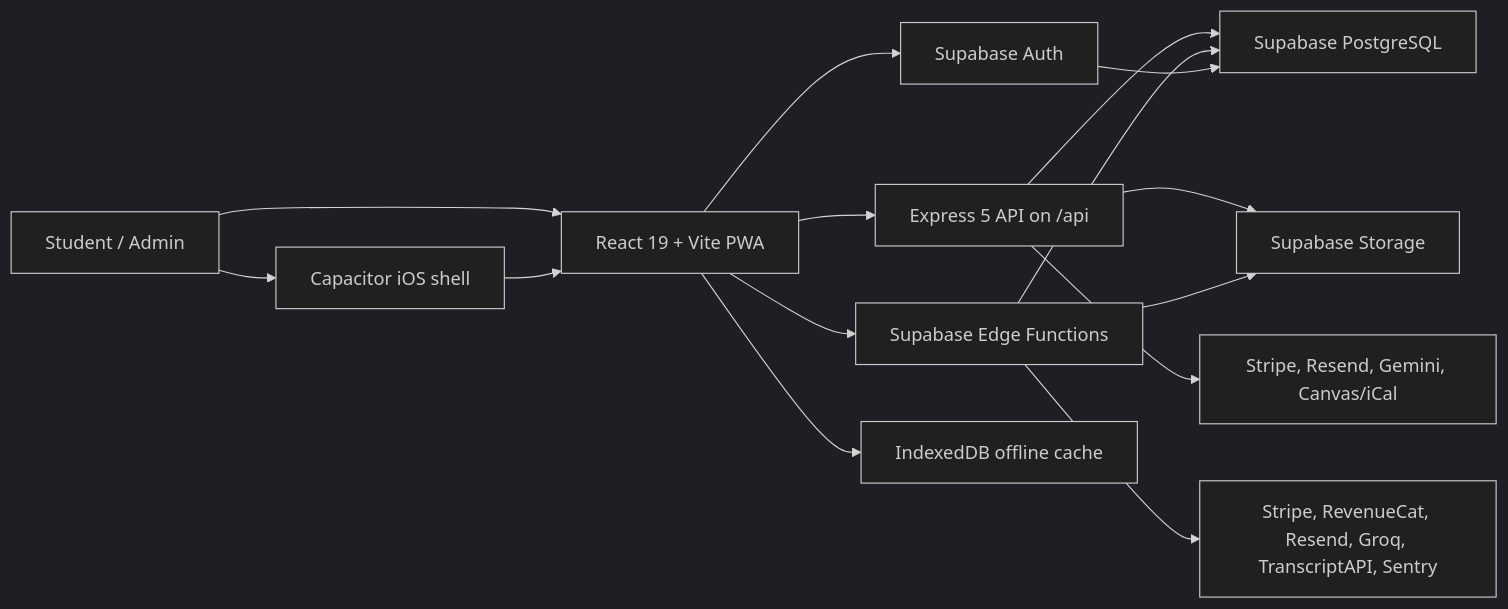
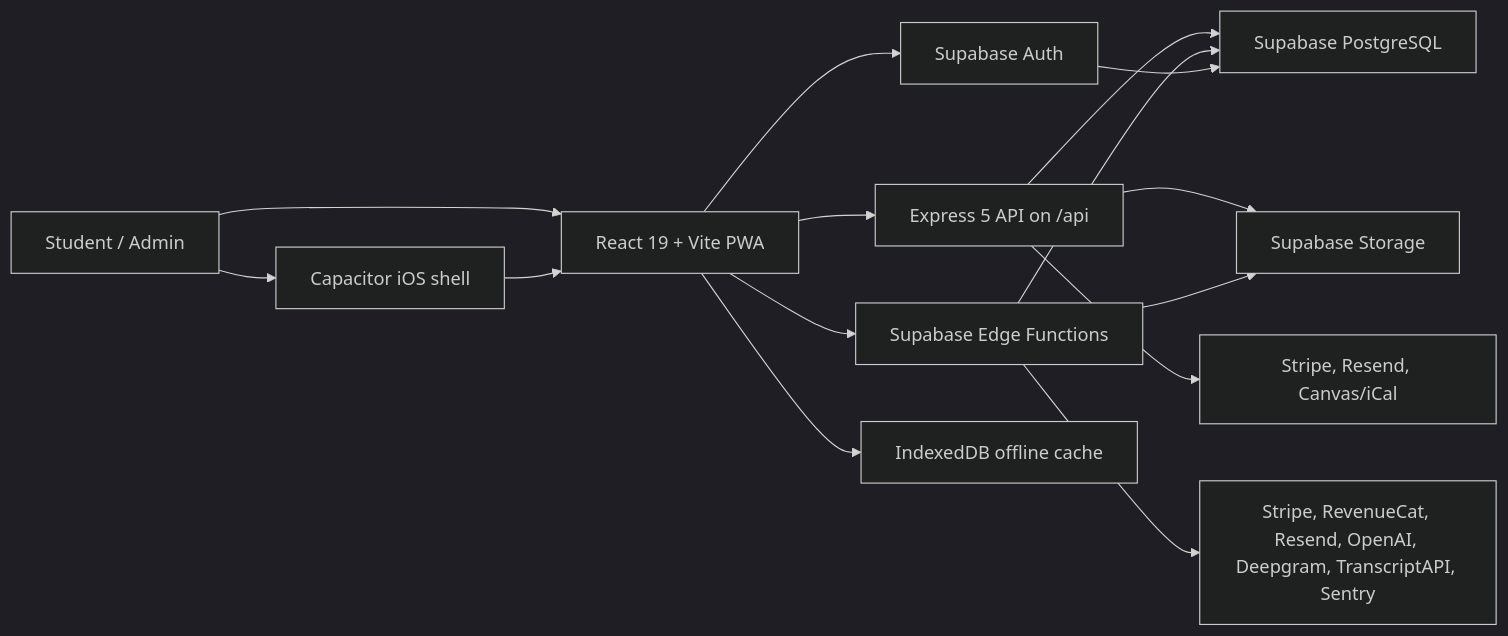
One commit to abmbodj/Riven changed the first of 2 diagrams in README.md. Above: the diagram before and after it, drawn with Mermaid (dark theme). The commit also changed other lines of this file and 812 other files, not shown here.

````diff
--- a/README.md
+++ b/README.md
@@ -177,21 +176,21 @@
 ```mermaid
 flowchart LR
     user["Student / Admin"] --> client["React 19 + Vite PWA"]
     user --> ios["Capacitor iOS shell"]
     ios --> client
 
     client --> express["Express 5 API on /api"]
     client --> edge["Supabase Edge Functions"]
     client --> supabaseAuth["Supabase Auth"]
     client --> indexedDb["IndexedDB offline cache"]
 
     express --> postgres["Supabase PostgreSQL"]
     express --> storage["Supabase Storage"]
-    express --> external["Stripe, Resend, Gemini, Canvas/iCal"]
+    express --> external["Stripe, Resend, Canvas/iCal"]
 
     edge --> postgres
     edge --> storage
-    edge --> edgeExternal["Stripe, RevenueCat, Resend, Groq, TranscriptAPI, Sentry"]
+    edge --> edgeExternal["Stripe, RevenueCat, Resend, OpenAI, Deepgram, TranscriptAPI, Sentry"]
 
     supabaseAuth --> postgres
 ```
````
